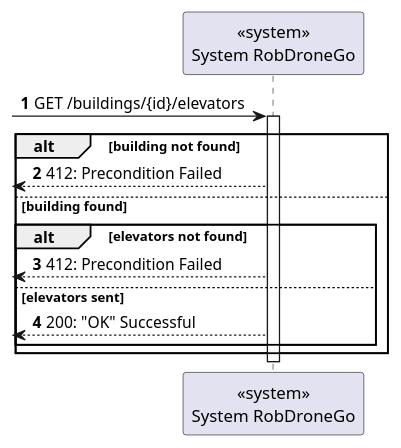
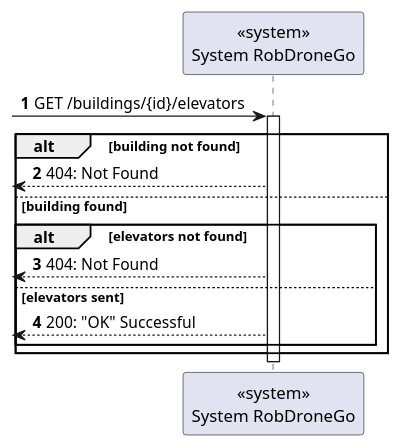
One commit to Departamento-de-Engenharia-Informatica/lapr5-23-24-g19 changed the diagram in docs/us290/level1/process-view.puml. Above: the diagram before and after it, drawn with PlantUML. The commit also changed 51 other files, not shown here.

Commit message:
docs(us270,280,290,310,350,380): updated response code "404: Not found"

```diff
--- a/docs/us290/level1/process-view.puml
+++ b/docs/us290/level1/process-view.puml
@@ -1,25 +1,25 @@
 @startuml
 autonumber
 
 
 participant "<<system>>\nSystem RobDroneGo" as sys
 
 
 [-> sys: GET /buildings/{id}/elevators
 
     activate sys
     alt building not found
-        [<-- sys : 412: Precondition Failed
+        [<-- sys : 404: Not Found
     else building found
         alt elevators not found
-            [<-- sys : 412: Precondition Failed
+            [<-- sys : 404: Not Found
         else elevators sent
             [<-- sys : 200: "OK" Successful
         end
     end
 
 
 
 deactivate sys
 
 @enduml
```
